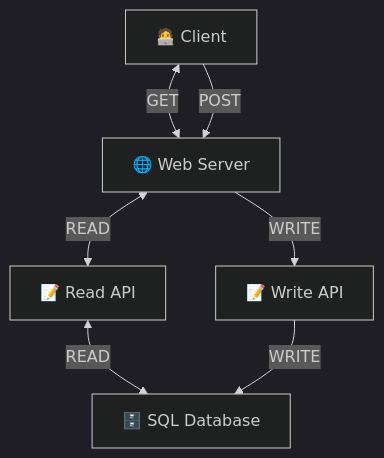
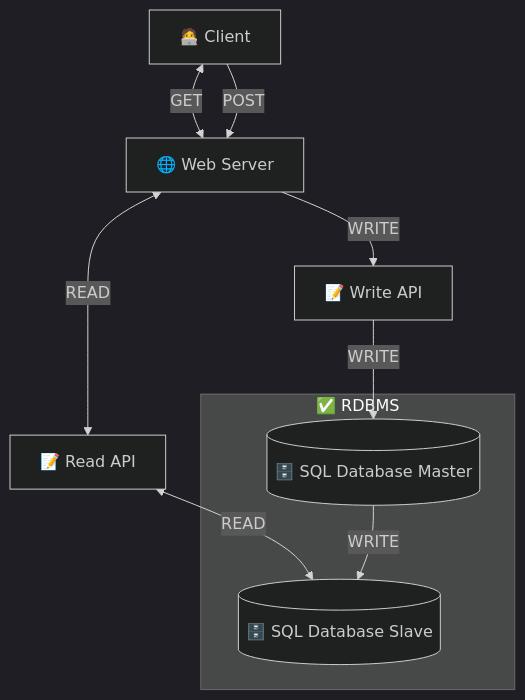
Before and after one commit to clockworkpc/simsite: the ninth of 13 diagrams in mermaid_demo.md, drawn with Mermaid (dark theme). The commit also changed other lines of this file, not shown here.

````diff
--- a/mermaid_demo.md
+++ b/mermaid_demo.md
@@ -135,14 +213,22 @@
 ```mermaid
 graph TD
     client[🧑‍💻 Client]
     web[🌐 Web Server]
     client <-->|GET| web
     client -->|POST| web
+
     readapi[📝 Read API]
     writeapi[📝 Write API]
+
     web <-->|READ| readapi
     web -->|WRITE| writeapi
-    sql[🗄️ SQL Database]
-    readapi <-->|READ| sql
-    writeapi -->|WRITE| sql
+
+    subgraph sqldb[ ✅ RDBMS]
+        sqlmaster[(🗄️ SQL Database Master)]
+        sqlslave[(🗄️ SQL Database Slave)]
+    end
+
+    writeapi -->|WRITE| sqlmaster
+    readapi <-->|READ| sqlslave
+    sqlmaster -->|WRITE| sqlslave
 ```
````
